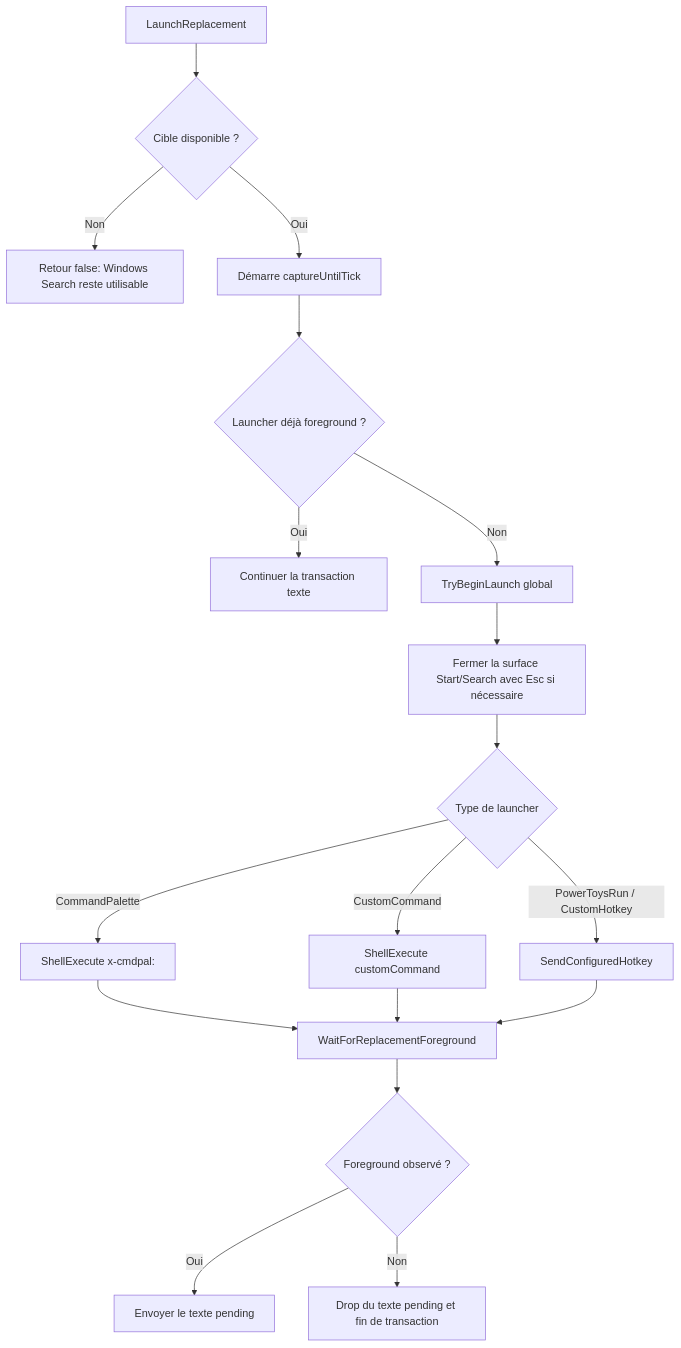
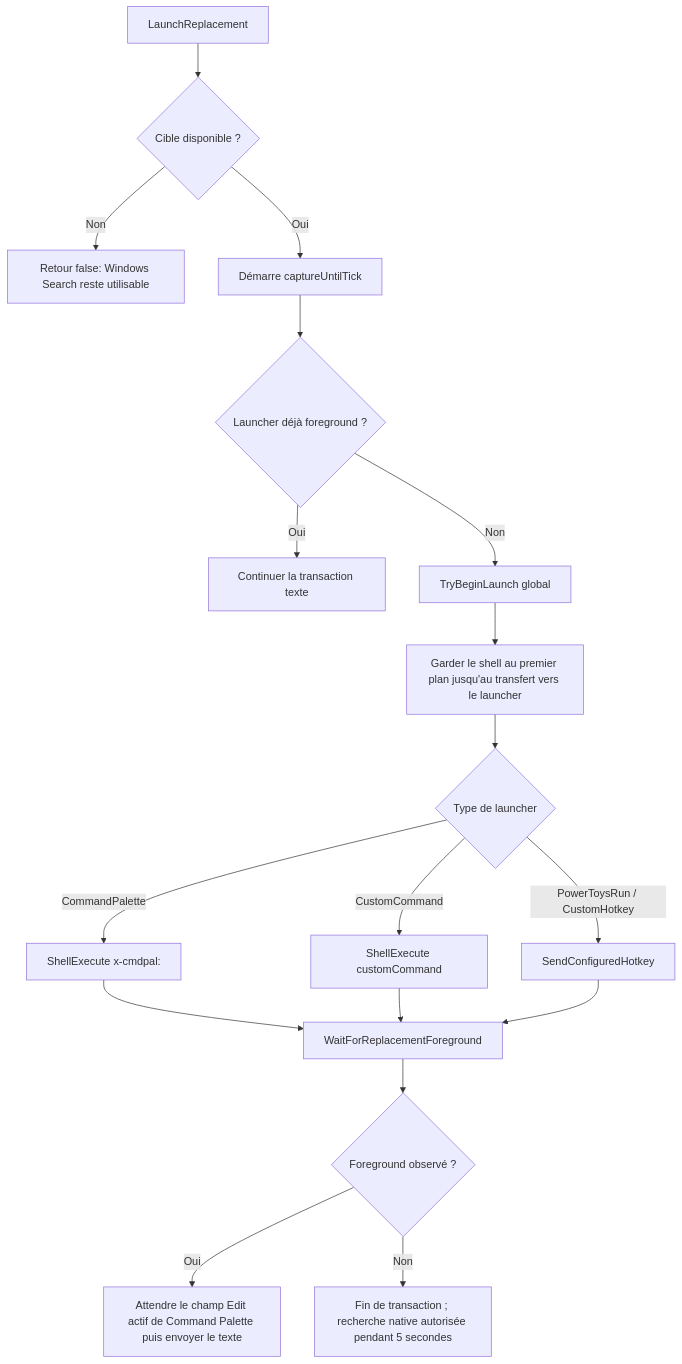
One commit to Fefedu973/Windows-Search-Redirector changed the fifth of 5 diagrams in README.fr.md. Above: the diagram before and after it, drawn with Mermaid. The commit also changed other lines of this file and 10 other files, not shown here.

````diff
--- a/README.fr.md
+++ b/README.fr.md
@@ -166,20 +168,20 @@
 ```mermaid
 flowchart TD
     A["LaunchReplacement"] --> B{"Cible disponible ?"}
     B -->|"Non"| C["Retour false: Windows Search reste utilisable"]
     B -->|"Oui"| D["Démarre captureUntilTick"]
     D --> E{"Launcher déjà foreground ?"}
     E -->|"Oui"| F["Continuer la transaction texte"]
     E -->|"Non"| G["TryBeginLaunch global"]
-    G --> H["Fermer la surface Start/Search avec Esc si nécessaire"]
+    G --> H["Garder le shell au premier plan jusqu'au transfert vers le launcher"]
     H --> I{"Type de launcher"}
     I -->|"CommandPalette"| J["ShellExecute x-cmdpal:"]
     I -->|"CustomCommand"| K["ShellExecute customCommand"]
     I -->|"PowerToysRun / CustomHotkey"| L["SendConfiguredHotkey"]
     J --> M["WaitForReplacementForeground"]
     K --> M
     L --> M
     M --> N{"Foreground observé ?"}
-    N -->|"Oui"| O["Envoyer le texte pending"]
-    N -->|"Non"| P["Drop du texte pending et fin de transaction"]
+    N -->|"Oui"| O["Attendre le champ Edit actif de Command Palette puis envoyer le texte"]
+    N -->|"Non"| P["Fin de transaction ; recherche native autorisée pendant 5 secondes"]
 ```
````
